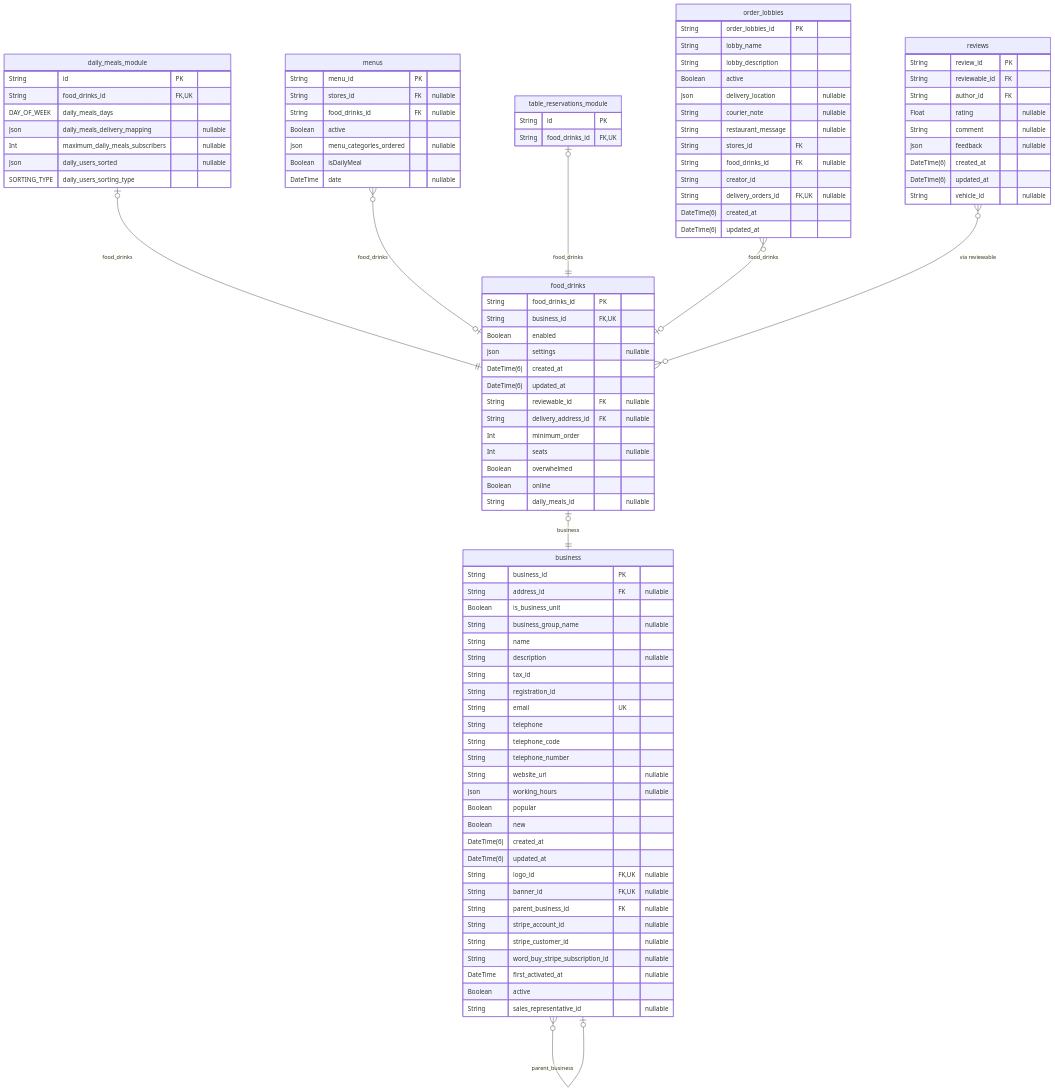
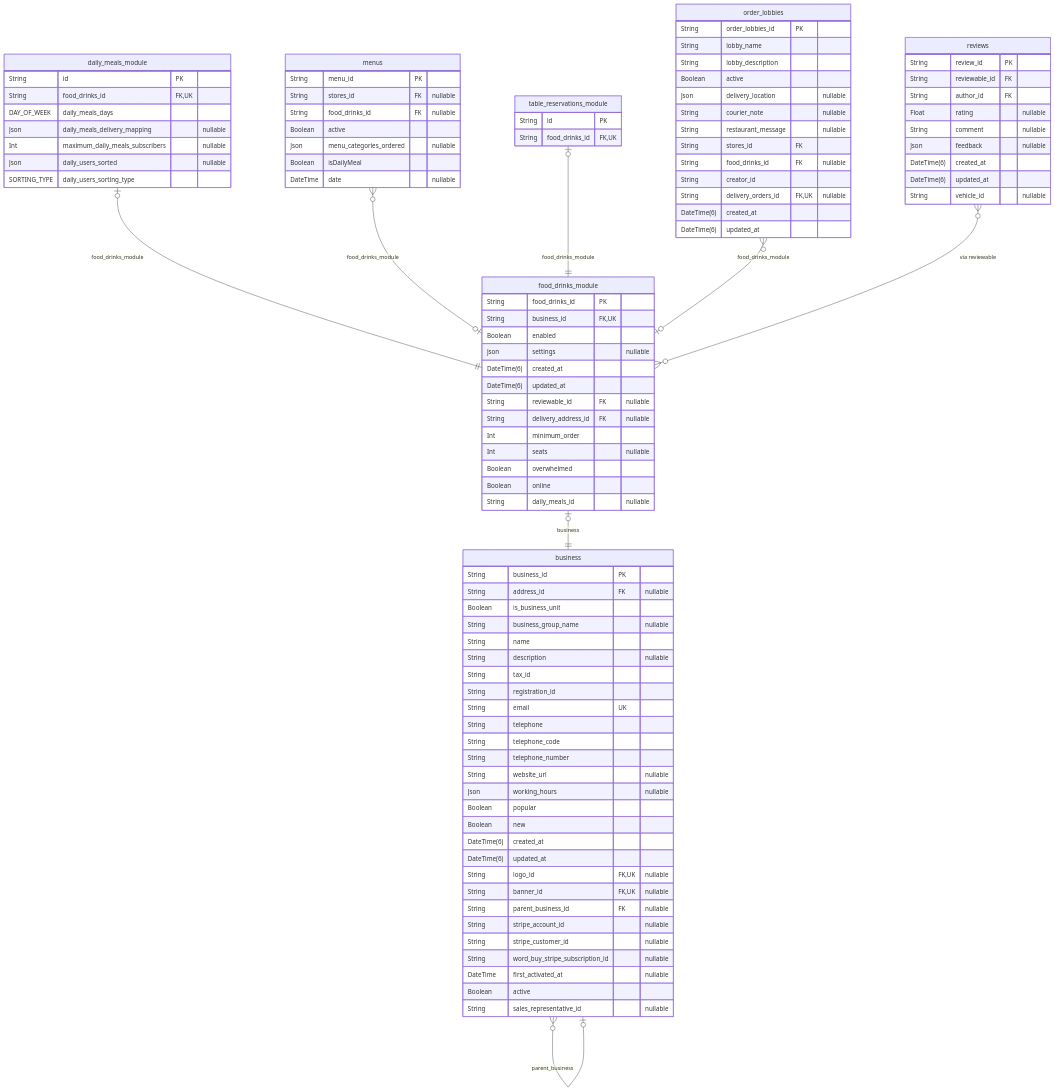
Diagram 22 of 40 in prisma/schemas/ERD.md (pbozic/be-analyisis), drawn with Mermaid before and after one commit. The commit also changed other lines of this file and 2 other files, not shown here.

Commit message:
fix: renamed stores/food_drinks modules for clarity

````diff
--- a/prisma/schemas/ERD.md
+++ b/prisma/schemas/ERD.md
@@ -3686,6 +3686,6 @@
 ```mermaid
 erDiagram
-"food_drinks" {
+"food_drinks_module" {
   String food_drinks_id PK
   String business_id FK,UK
   Boolean enabled
@@ -3777,11 +3777,11 @@
   DateTime(6) created_at
   DateTime(6) updated_at
 }
-"food_drinks" |o--|| "business" : business
+"food_drinks_module" |o--|| "business" : business
 "business" }o--o| "business" : parent_business
-"daily_meals_module" |o--|| "food_drinks" : food_drinks
-"menus" }o--o| "food_drinks" : food_drinks
-"table_reservations_module" |o--|| "food_drinks" : food_drinks
-"order_lobbies" }o--o| "food_drinks" : food_drinks
-"reviews" }o--o{ "food_drinks" : "via reviewable"
+"daily_meals_module" |o--|| "food_drinks_module" : food_drinks_module
+"menus" }o--o| "food_drinks_module" : food_drinks_module
+"table_reservations_module" |o--|| "food_drinks_module" : food_drinks_module
+"order_lobbies" }o--o| "food_drinks_module" : food_drinks_module
+"reviews" }o--o{ "food_drinks_module" : "via reviewable"
 ```
````
